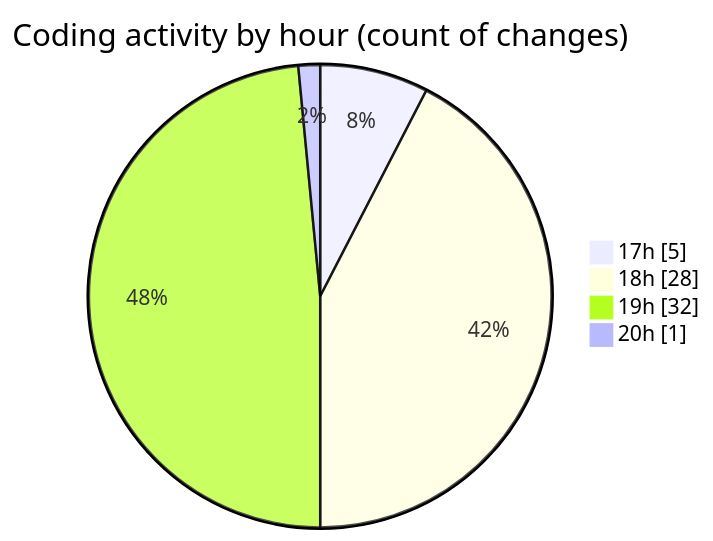
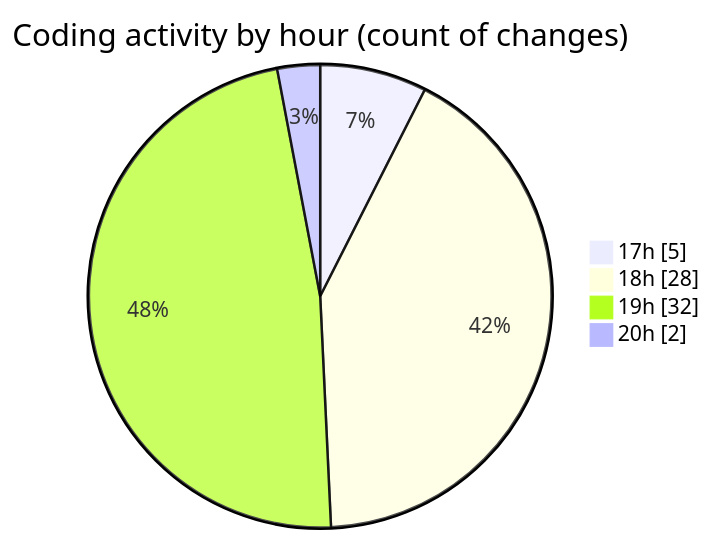
The second of 2 diagrams in 2025-01-01/uber_clone/README.md (donsfak/code-tracking), drawn with Mermaid before and after one commit. The commit also changed other lines of this file and 1 other file, not shown here.

````diff
--- a/2025-01-01/uber_clone/README.md
+++ b/2025-01-01/uber_clone/README.md
@@ -41,8 +41,8 @@
 ```mermaid
 pie showData
 title Coding activity by hour (count of changes)
 "17h" : 5
 "18h" : 28
 "19h" : 32
-"20h" : 1
+"20h" : 2
 ```
````
